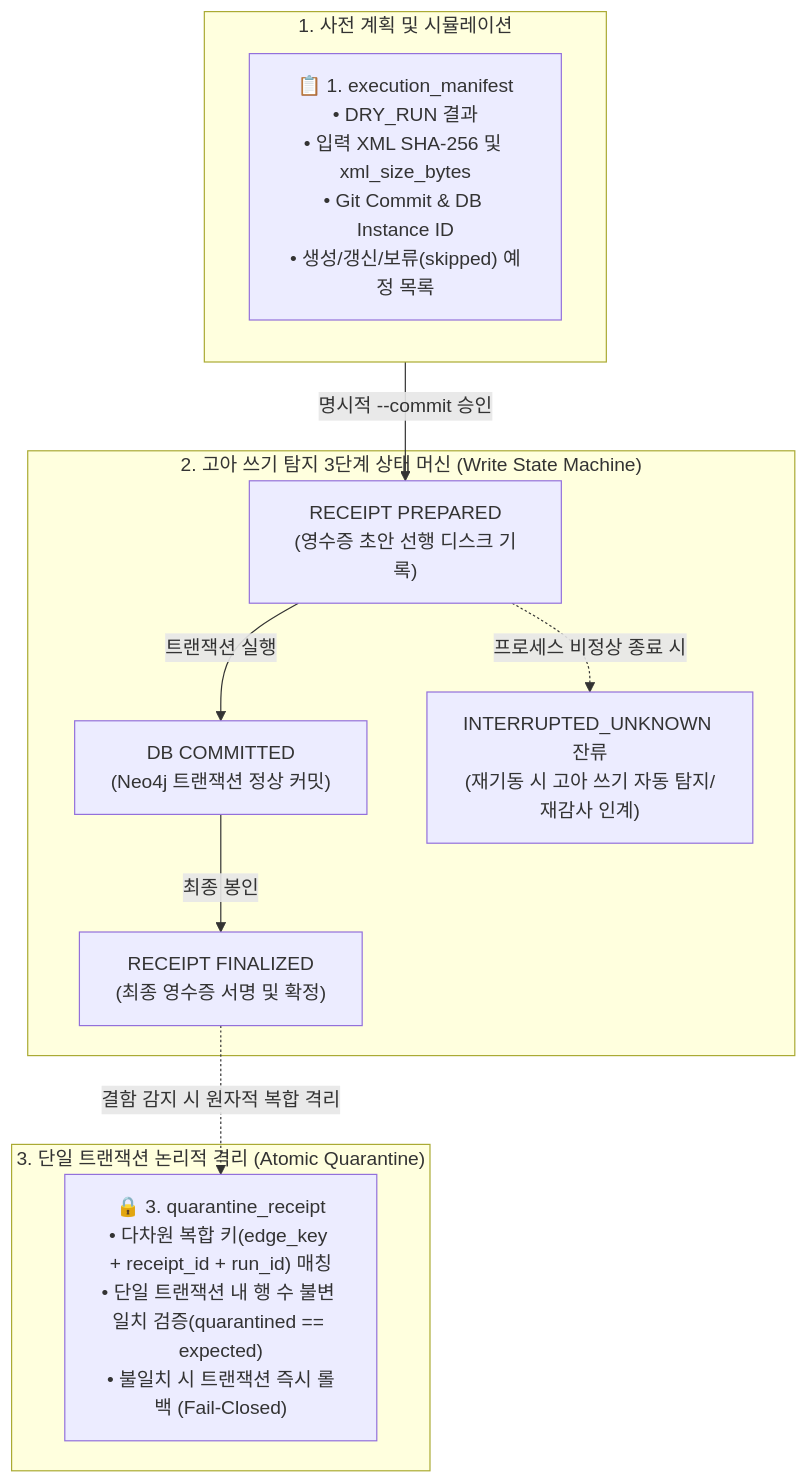
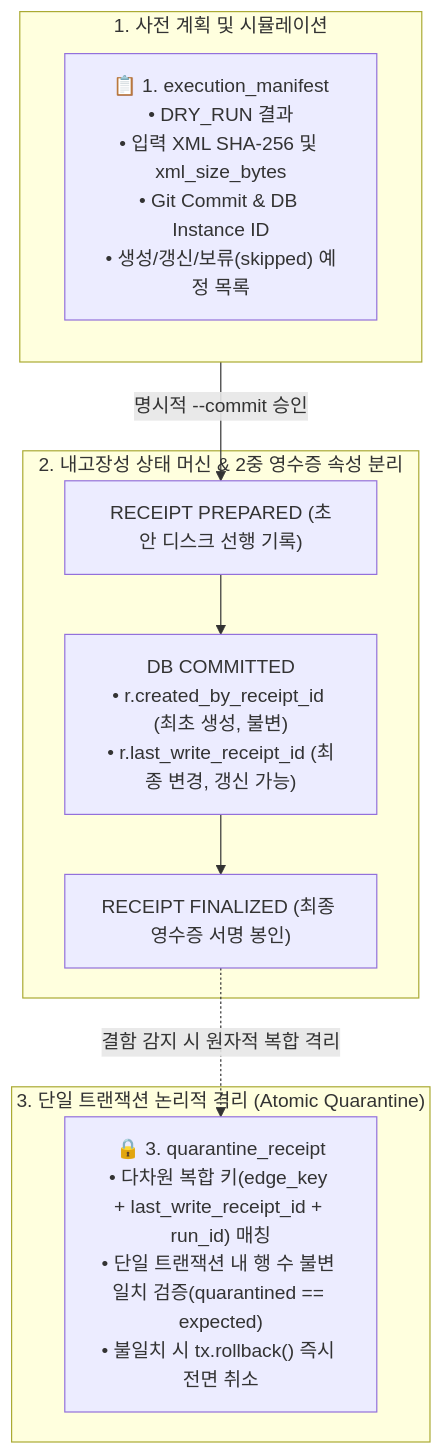
One commit to mycar4/enkoa-practice-knowledge-graph changed the diagram in 내작업폴더/25_DART_v0.4_변조탐지_실행매니페스트_및_감사영수증_아키텍처_설계서.md. Above: the diagram before and after it, drawn with Mermaid. The commit also changed other lines of this file, not shown here.

Commit message:
docs(v0.4): finalize architecture v1.2.1 with receipt lineage model (created_by_receipt_id immutable vs last_write_receipt_id updateable) and strict pipeline-scope limitation

````diff
--- a/내작업폴더/25_DART_v0.4_변조탐지_실행매니페스트_및_감사영수증_아키텍처_설계서.md
+++ b/내작업폴더/25_DART_v0.4_변조탐지_실행매니페스트_및_감사영수증_아키텍처_설계서.md
@@ -42,21 +42,20 @@
 ```mermaid
 flowchart TD
     subgraph Step1 ["1. 사전 계획 및 시뮬레이션"]
         M["📋 1. execution_manifest\n• DRY_RUN 결과\n• 입력 XML SHA-256 및 xml_size_bytes\n• Git Commit & DB Instance ID\n• 생성/갱신/보류(skipped) 예정 목록"]
     end
 
-    subgraph Step2 ["2. 고아 쓰기 탐지 3단계 상태 머신 (Write State Machine)"]
-        W1["RECEIPT PREPARED\n(영수증 초안 선행 디스크 기록)"]
-        W2["DB COMMITTED\n(Neo4j 트랜잭션 정상 커밋)"]
-        W3["RECEIPT FINALIZED\n(최종 영수증 서명 및 확정)"]
-        W1 -->|트랜잭션 실행| W2 -->|최종 봉인| W3
-        W1 -.->|프로세스 비정상 종료 시| WX["INTERRUPTED_UNKNOWN 잔류\n(재기동 시 고아 쓰기 자동 탐지/재감사 인계)"]
+    subgraph Step2 ["2. 내고장성 상태 머신 & 2중 영수증 속성 분리"]
+        W1["RECEIPT PREPARED (초안 디스크 선행 기록)"]
+        W2["DB COMMITTED\n• r.created_by_receipt_id (최초 생성, 불변)\n• r.last_write_receipt_id (최종 변경, 갱신 가능)"]
+        W3["RECEIPT FINALIZED (최종 영수증 서명 봉인)"]
+        W1 --> W2 --> W3
     end
 
     subgraph Step3 ["3. 단일 트랜잭션 논리적 격리 (Atomic Quarantine)"]
-        Q["🔒 3. quarantine_receipt\n• 다차원 복합 키(edge_key + receipt_id + run_id) 매칭\n• 단일 트랜잭션 내 행 수 불변 일치 검증(quarantined == expected)\n• 불일치 시 트랜잭션 즉시 롤백 (Fail-Closed)"]
+        Q["🔒 3. quarantine_receipt\n• 다차원 복합 키(edge_key + last_write_receipt_id + run_id) 매칭\n• 단일 트랜잭션 내 행 수 불변 일치 검증(quarantined == expected)\n• 불일치 시 tx.rollback() 즉시 전면 취소"]
     end
 
     Step1 -->|명시적 --commit 승인| W1
     W3 -.->|결함 감지 시 원자적 복합 격리| Q
 ```
````
